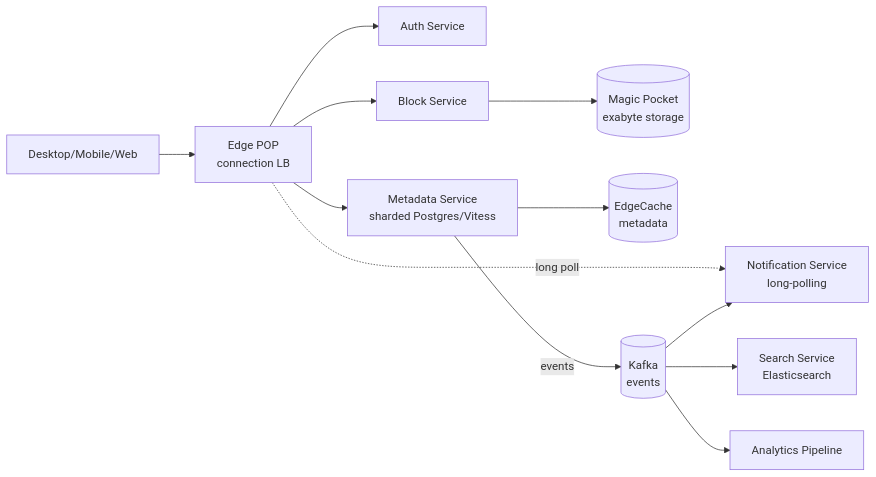
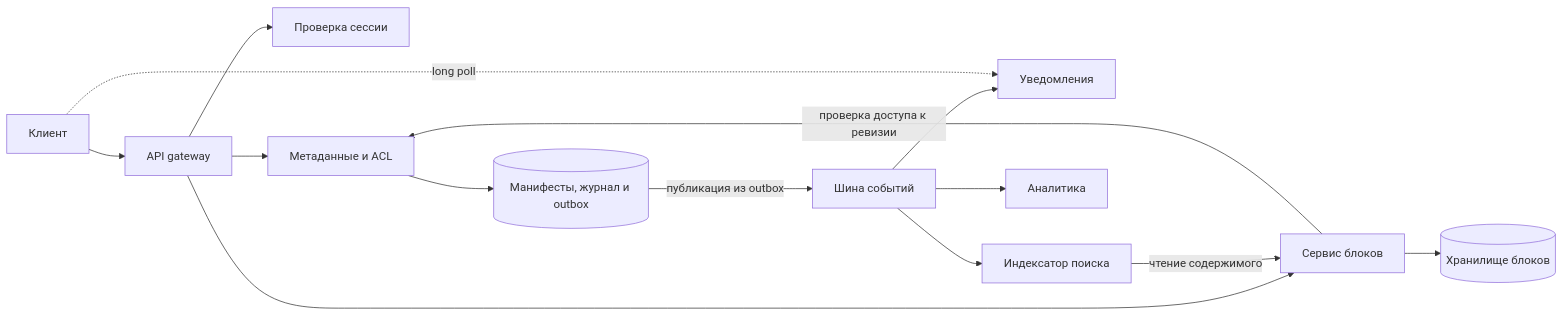
The second of 2 diagrams in cheatsheets/interview/system-design/design-dropbox-interview.md (akeverus/cheat-sheet), drawn with Mermaid before and after one commit. The commit also changed other lines of this file and 154 other files, not shown here.

````diff
--- a/cheatsheets/interview/system-design/design-dropbox-interview.md
+++ b/cheatsheets/interview/system-design/design-dropbox-interview.md
@@ -754,26 +370,28 @@
 ```mermaid
 graph LR
-    Client[Desktop/Mobile/Web]
-    Edge[Edge POP<br/>connection LB]
-    Auth[Auth Service]
-    Meta[Metadata Service<br/>sharded Postgres/Vitess]
-    Block[Block Service]
-    MP[(Magic Pocket<br/>exabyte storage)]
-    Notif[Notification Service<br/>long-polling]
-    Search[Search Service<br/>Elasticsearch]
-    Cache[(EdgeCache<br/>metadata)]
-    Kafka[(Kafka<br/>events)]
-    Analytics[Analytics Pipeline]
+    Client[Клиент]
+    Edge[API gateway]
+    Auth[Проверка сессии]
+    Meta[Метаданные и ACL]
+    DB[(Манифесты, журнал и outbox)]
+    Block[Сервис блоков]
+    Store[(Хранилище блоков)]
+    Bus[Шина событий]
+    Notify[Уведомления]
+    Search[Индексатор поиска]
+    Analytics[Аналитика]
 
     Client --> Edge
     Edge --> Auth
     Edge --> Meta
     Edge --> Block
-    Edge -.long poll.-> Notif
-    Meta --> Cache
-    Meta -->|events| Kafka
-    Block --> MP
-    Kafka --> Notif
-    Kafka --> Search
-    Kafka --> Analytics
+    Meta --> DB
+    Block -->|проверка доступа к ревизии| Meta
+    Block --> Store
+    DB -->|публикация из outbox| Bus
+    Bus --> Notify
+    Bus --> Search
+    Bus --> Analytics
+    Client -.->|long poll| Notify
+    Search -->|чтение содержимого| Block
 ```
````
